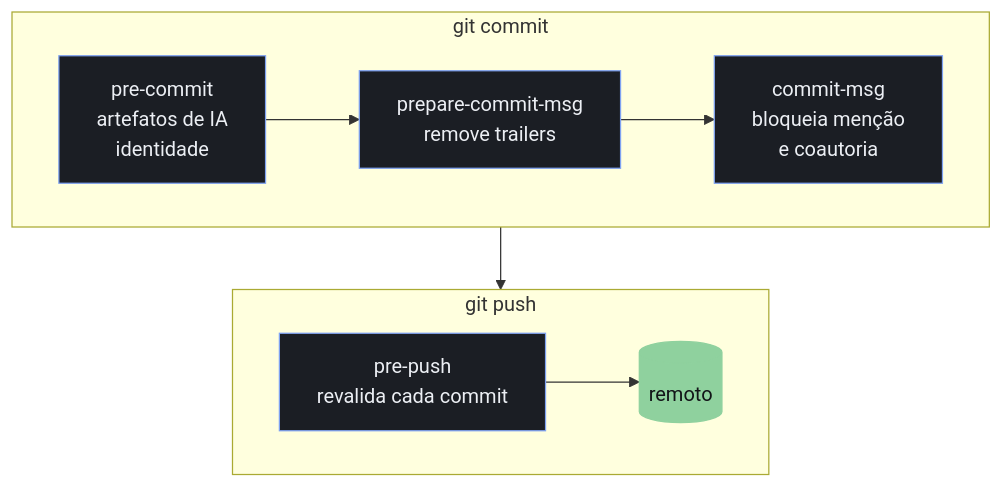
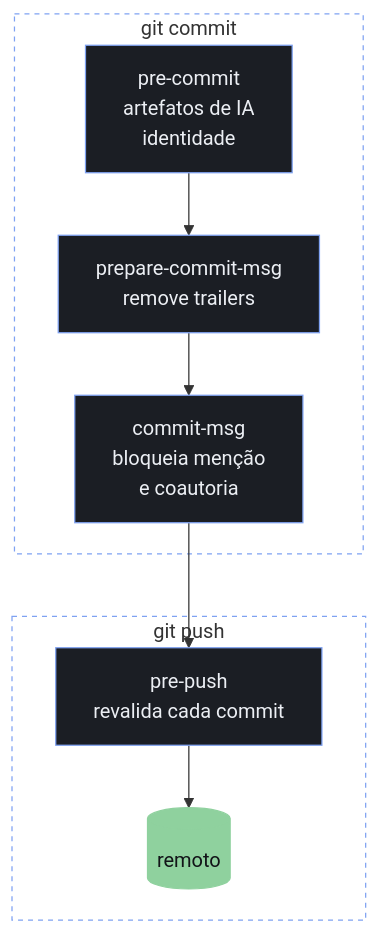
One commit to jeancarlosaps/jean-dev-environment changed the diagram in README.md. Above: the diagram before and after it, drawn with Mermaid.

Commit message:
docs: neutraliza fundo dos grupos no diagrama do ai guard

````diff
--- a/README.md
+++ b/README.md
@@ -321,17 +321,17 @@
 ```mermaid
 flowchart TB
   subgraph COMMIT["git commit"]
-    direction LR
     PC["pre-commit<br/>artefatos de IA<br/>identidade"] --> PM["prepare-commit-msg<br/>remove trailers"]
     PM --> CM["commit-msg<br/>bloqueia menção<br/>e coautoria"]
   end
   subgraph PUSH["git push"]
-    direction LR
     PP["pre-push<br/>revalida cada commit"] --> R[("remoto")]
   end
   CM --> PP
   classDef hook fill:#1B1E24,stroke:#7FA2F2,color:#ECEFF4
   classDef done fill:#8FD19E,stroke:#8FD19E,color:#121418
   class PC,PM,CM,PP hook
   class R done
+  style COMMIT fill:none,stroke:#7FA2F2,stroke-dasharray:4 4
+  style PUSH fill:none,stroke:#7FA2F2,stroke-dasharray:4 4
 ```
````
